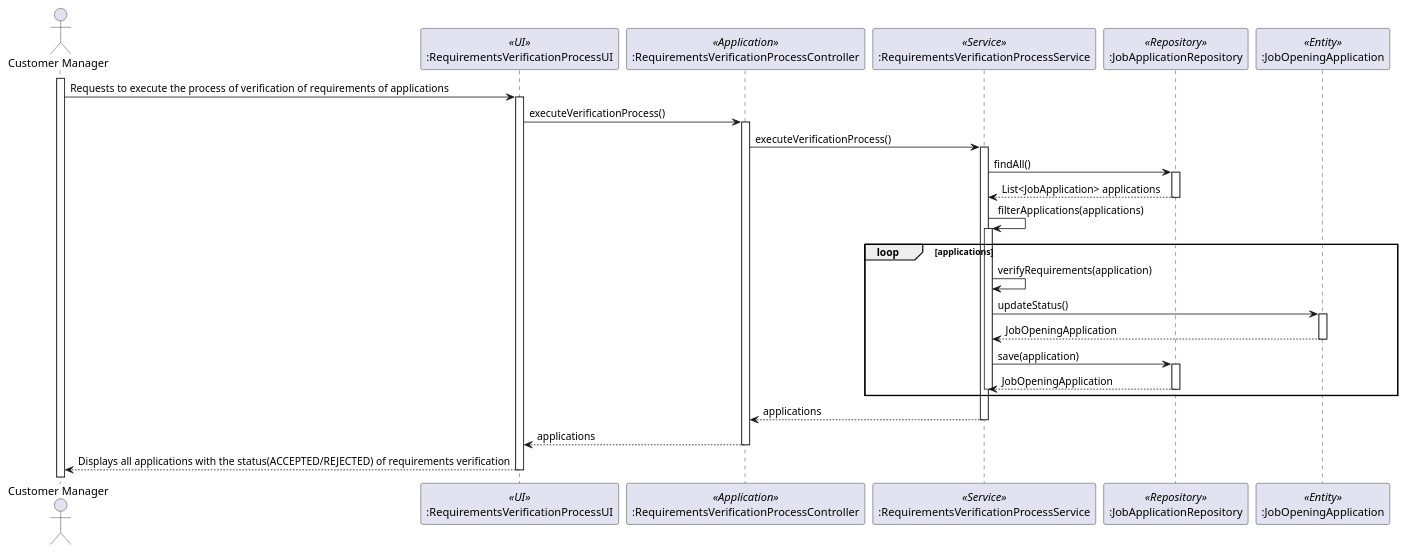
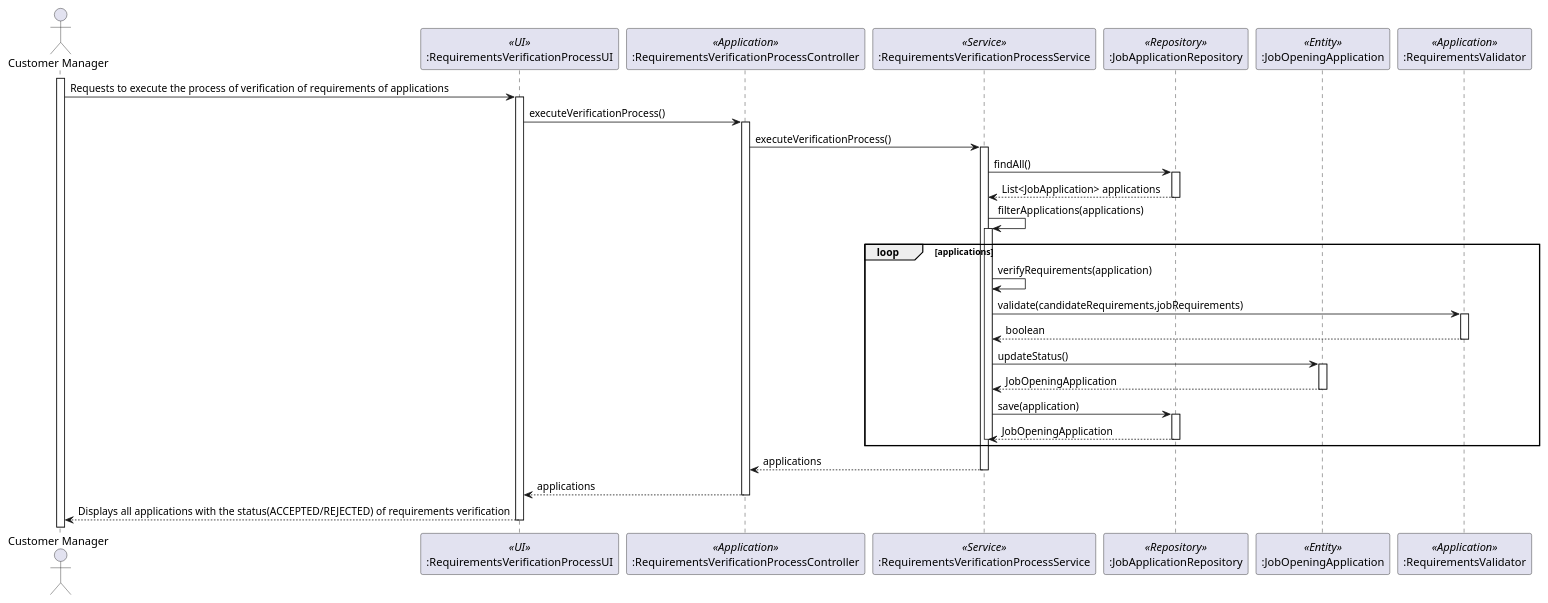
The diagram in docs/sprintC/1015/puml/1015-sequence-diagram.puml (marcoferreira37/Lapr4), drawn with PlantUML before and after one commit.

Commit message:
#40 [1015] small fix to sd

```diff
--- a/docs/sprintC/1015/puml/1015-sequence-diagram.puml
+++ b/docs/sprintC/1015/puml/1015-sequence-diagram.puml
@@ -1,43 +1,49 @@
 @startuml
 actor "Customer Manager" as u
 participant ":RequirementsVerificationProcessUI" as ui <<UI>>
 participant ":RequirementsVerificationProcessController" as controller <<Application>>
 participant ":RequirementsVerificationProcessService" as service <<Service>>
 participant ":JobApplicationRepository" as repository <<Repository>>
 participant ":JobOpeningApplication" as application <<Entity>>
+participant ":RequirementsValidator" as validator <<Application>>
 
 activate u
 u -> ui: Requests to execute the process of verification of requirements of applications
 activate ui
 ui -> controller: executeVerificationProcess()
 activate controller
 controller -> service: executeVerificationProcess()
 activate service
 service -> repository: findAll()
 activate repository
 repository --> service: List<JobApplication> applications
 deactivate repository
 service -> service: filterApplications(applications)
 loop applications
 activate service
     service -> service: verifyRequirements(application)
+service -> validator: validate(candidateRequirements,jobRequirements)
+activate validator
+validator --> service: boolean
+deactivate validator
+
     service -> application: updateStatus()
     activate application
     application --> service: JobOpeningApplication
     deactivate application
     service -> repository: save(application)
     activate repository
     repository --> service: JobOpeningApplication
     deactivate repository
     deactivate service
 
 end
 
 service --> controller: applications
 deactivate service
 controller --> ui: applications
 deactivate controller
 
 ui --> u: Displays all applications with the status(ACCEPTED/REJECTED) of requirements verification
 deactivate ui
 @enduml
```
